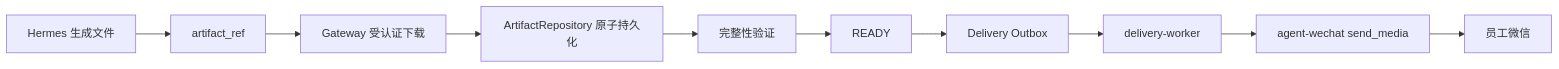
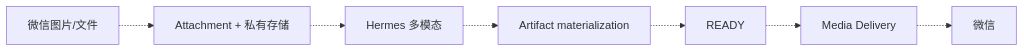
Before and after one commit to Tangbohu09527/CF_ecommerce-automation-docs: the third of 3 diagrams in architecture/message-flow.md, drawn with Mermaid. The commit also changed other lines of this file and 17 other files, not shown here.

Commit message:
docs: align current architecture and component status

````diff
--- a/architecture/message-flow.md
+++ b/architecture/message-flow.md
@@ -91,12 +69,9 @@
 ```mermaid
 flowchart LR
-    H["Hermes 生成文件"] --> REF["artifact_ref"]
-    REF --> DL["Gateway 受认证下载"]
-    DL --> AR["ArtifactRepository 原子持久化"]
-    AR --> IV["完整性验证"]
-    IV --> READY["READY"]
-    READY --> O["Delivery Outbox"]
-    O --> W["delivery-worker"]
-    W --> SM["agent-wechat send_media"]
-    SM --> E["员工微信"]
+    IN["微信图片/文件"] -.-> ATT["Attachment + 私有存储"]
+    ATT -.-> HM["Hermes 多模态"]
+    HM -.-> AR["Artifact materialization"]
+    AR -.-> READY["READY"]
+    READY -.-> OUT["Media Delivery"]
+    OUT -.-> WX["微信"]
 ```
````
